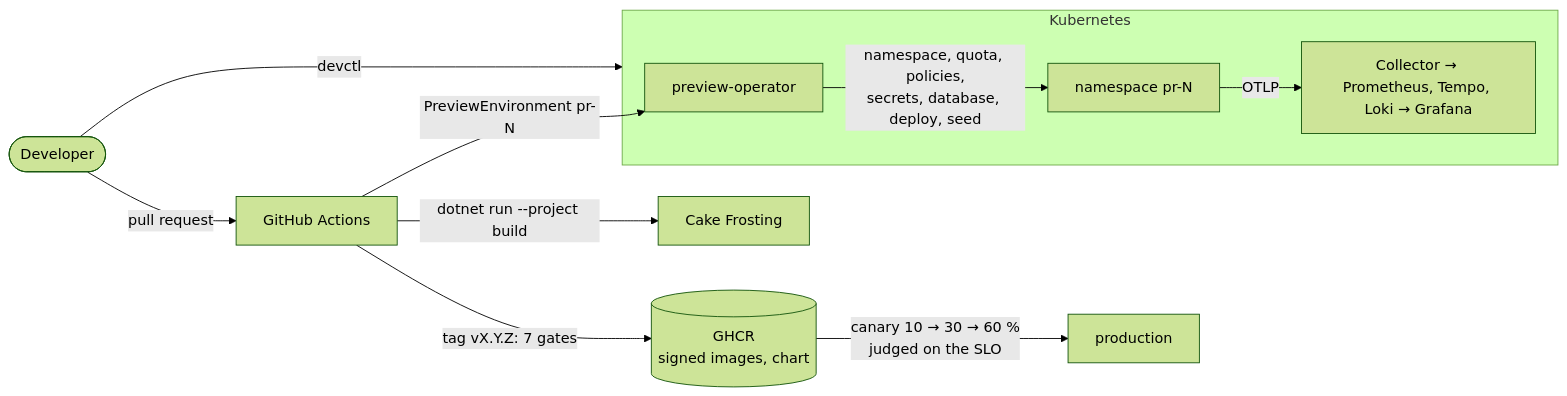
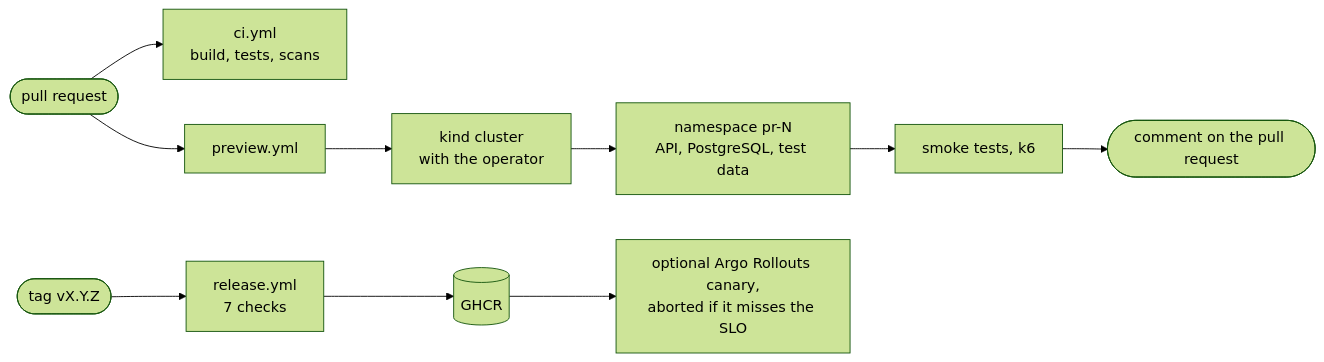
Before and after one commit to remi-maigrot/dotnet-preview-platform: the diagram in README.md, drawn with Mermaid (forest theme). The commit also changed other lines of this file, not shown here.

````diff
--- a/README.md
+++ b/README.md
@@ -68,15 +61,12 @@
 ```mermaid
 flowchart LR
-  dev([Developer]) -- devctl --> cluster
-  dev -- pull request --> gha[GitHub Actions]
-  gha -->|"dotnet run --project build"| cake[Cake Frosting]
-  gha -- PreviewEnvironment pr-N --> op
-
-  subgraph cluster [Kubernetes]
-    op[preview-operator] -- namespace, quota, policies,<br/>secrets, database, deploy, seed --> pr[namespace pr-N]
-    pr -- OTLP --> obs[Collector → Prometheus, Tempo, Loki → Grafana]
-  end
-
-  gha -- tag vX.Y.Z: 7 gates --> ghcr[(GHCR<br/>signed images, chart)]
-  ghcr -- canary 10 → 30 → 60 %<br/>judged on the SLO --> prod[production]
+  pr([pull request]) --> ci[ci.yml<br/>build, tests, scans]
+  pr --> pv[preview.yml]
+  pv --> kind[kind cluster<br/>with the operator]
+  kind --> env[namespace pr-N<br/>API, PostgreSQL, test data]
+  env --> checks[smoke tests, k6]
+  checks --> comment([comment on the pull request])
+  tag([tag vX.Y.Z]) --> rel[release.yml<br/>7 checks]
+  rel --> ghcr[(GHCR)]
+  ghcr --> canary[optional Argo Rollouts canary,<br/>aborted if it misses the SLO]
 ```
````
